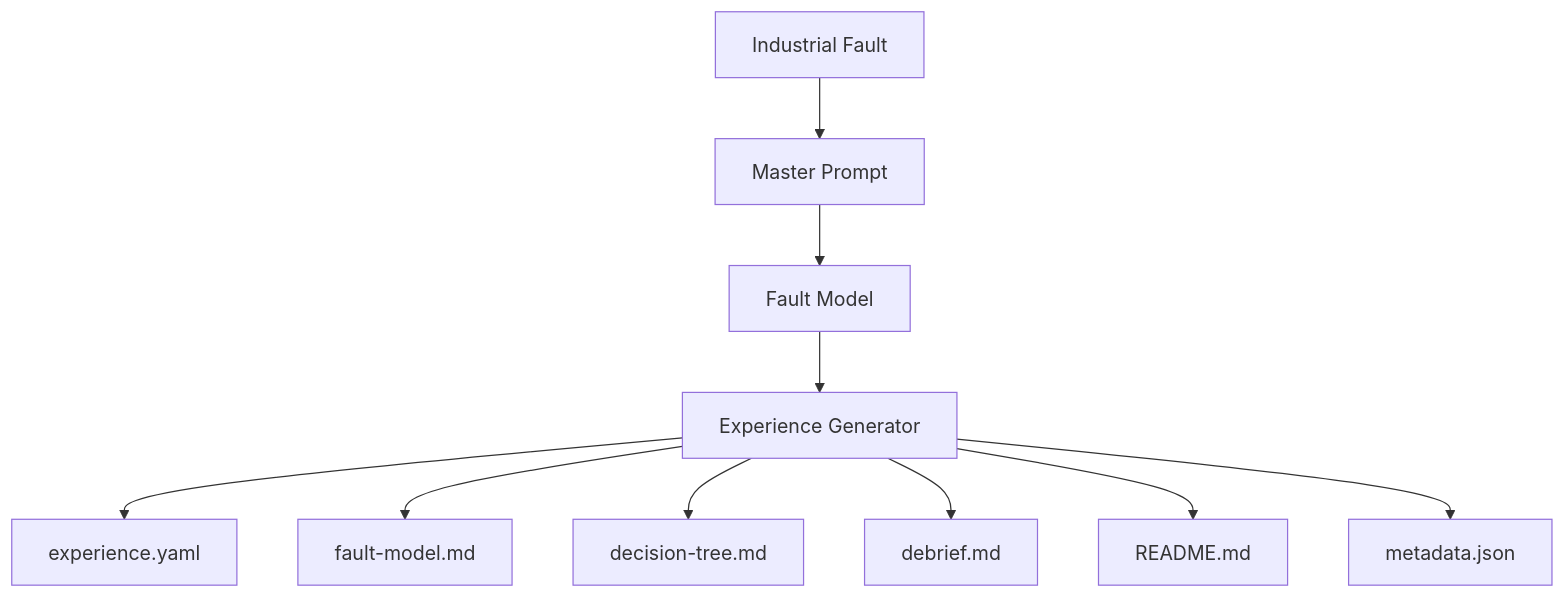
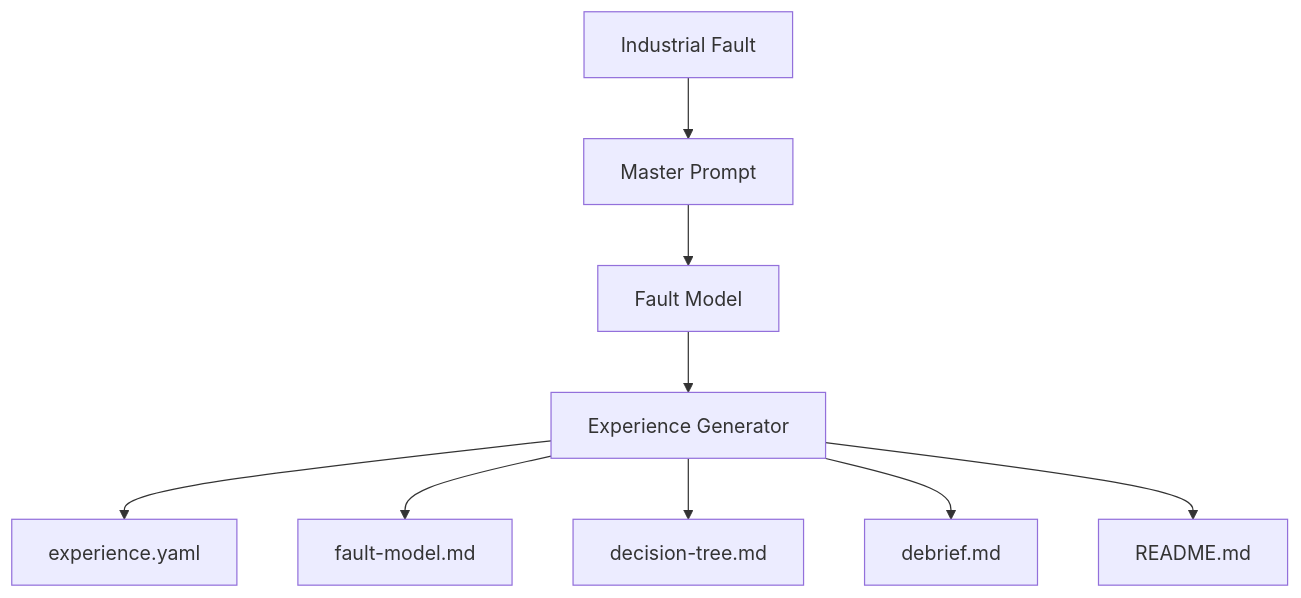
One commit to I0A1DB200/Web-Digital2Real changed the diagram in experience-engine/workflows/automatic-experience-generation-workflow.md. Above: the diagram before and after it, drawn with Mermaid. The commit also changed other lines of this file and 5 other files, not shown here.

````diff
--- a/experience-engine/workflows/automatic-experience-generation-workflow.md
+++ b/experience-engine/workflows/automatic-experience-generation-workflow.md
@@ -25,12 +25,11 @@
 ```mermaid
 flowchart TD
     A[Industrial Fault] --> B[Master Prompt]
     B --> C[Fault Model]
     C --> D[Experience Generator]
     D --> E[experience.yaml]
     D --> F[fault-model.md]
     D --> G[decision-tree.md]
     D --> H[debrief.md]
     D --> I[README.md]
-    D --> J[metadata.json]
 ```
````
